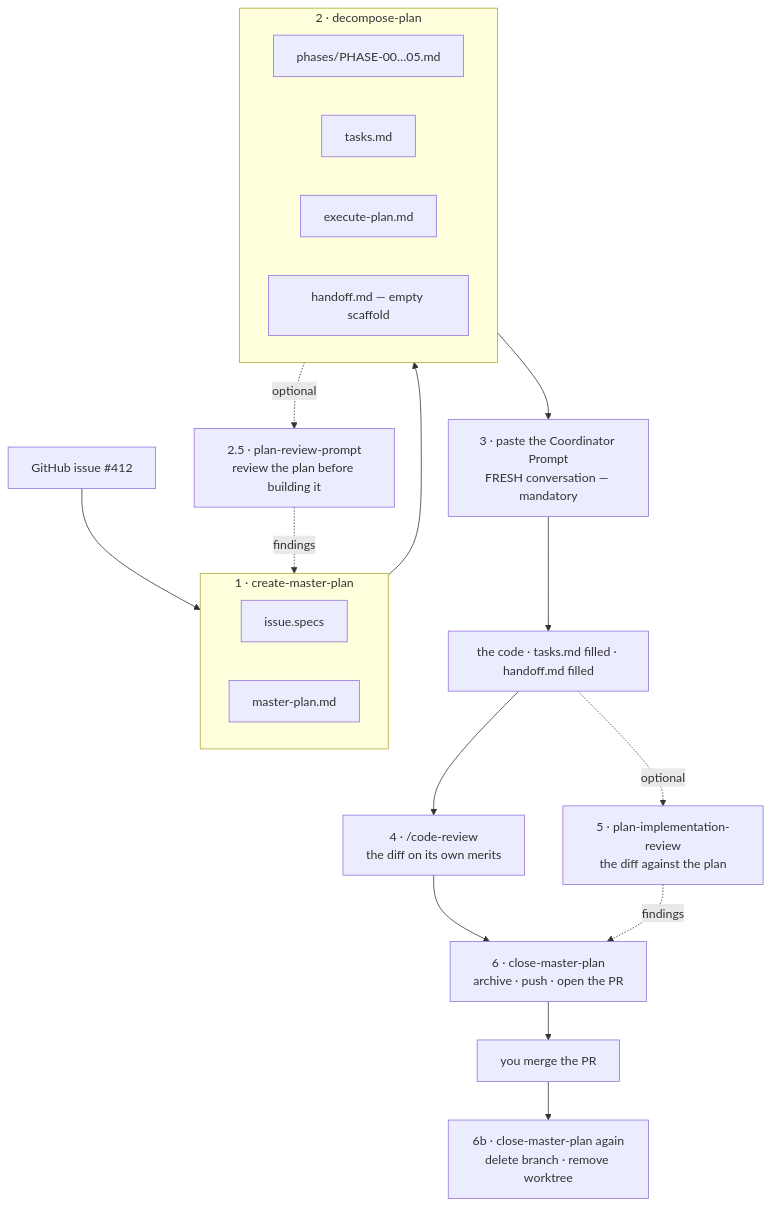
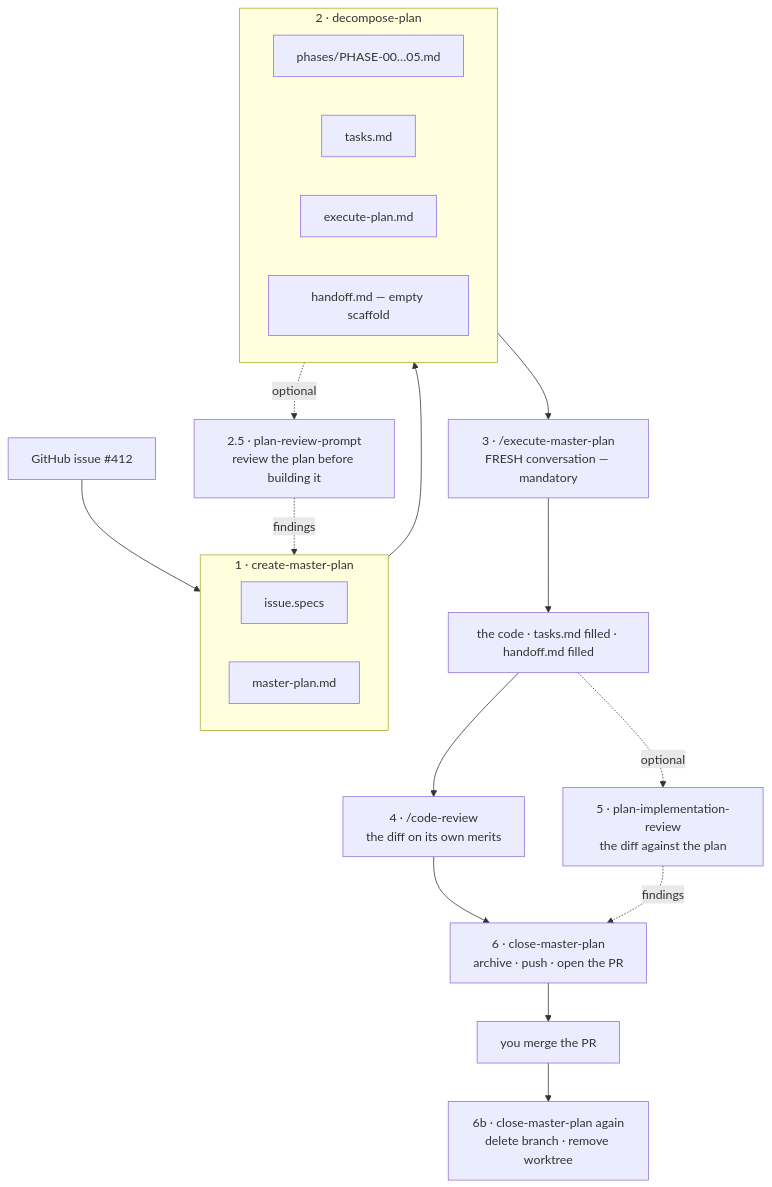
The first of 13 diagrams in docs/master-plan-pack/TUTORIAL.md (necofx/necofx-claude-marketplace), drawn with Mermaid before and after one commit. The commit also changed other lines of this file and 15 other files, not shown here.

````diff
--- a/docs/master-plan-pack/TUTORIAL.md
+++ b/docs/master-plan-pack/TUTORIAL.md
@@ -39,31 +39,31 @@
 ```mermaid
 flowchart TD
     T["GitHub issue #412"] --> S1
 
     subgraph S1["1 · create-master-plan"]
         A1["issue.specs"]
         A2["master-plan.md"]
     end
 
     S1 --> S2
 
     subgraph S2["2 · decompose-plan"]
         B1["phases/PHASE-00…05.md"]
         B2["tasks.md"]
         B3["execute-plan.md"]
         B4["handoff.md — empty scaffold"]
     end
 
     S2 -. optional .-> R1["2.5 · plan-review-prompt<br/>review the plan before building it"]
     R1 -. findings .-> S1
 
-    S2 --> S3["3 · paste the Coordinator Prompt<br/>FRESH conversation — mandatory"]
+    S2 --> S3["3 · /execute-master-plan<br/>FRESH conversation — mandatory"]
     S3 --> C1["the code · tasks.md filled · handoff.md filled"]
 
     C1 --> S4["4 · /code-review<br/>the diff on its own merits"]
     C1 -. optional .-> R2["5 · plan-implementation-review<br/>the diff against the plan"]
     S4 --> S6["6 · close-master-plan<br/>archive · push · open the PR"]
     R2 -. findings .-> S6
     S6 --> M["you merge the PR"]
     M --> S7["6b · close-master-plan again<br/>delete branch · remove worktree"]
 ```
````
